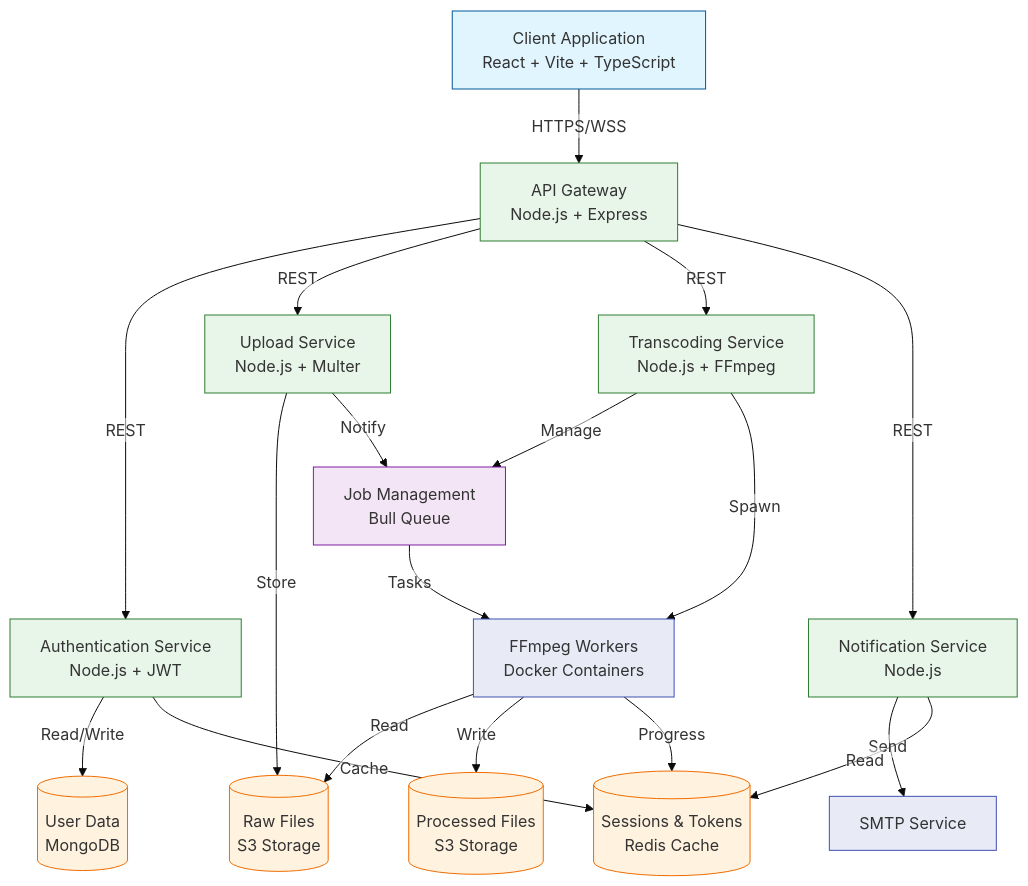
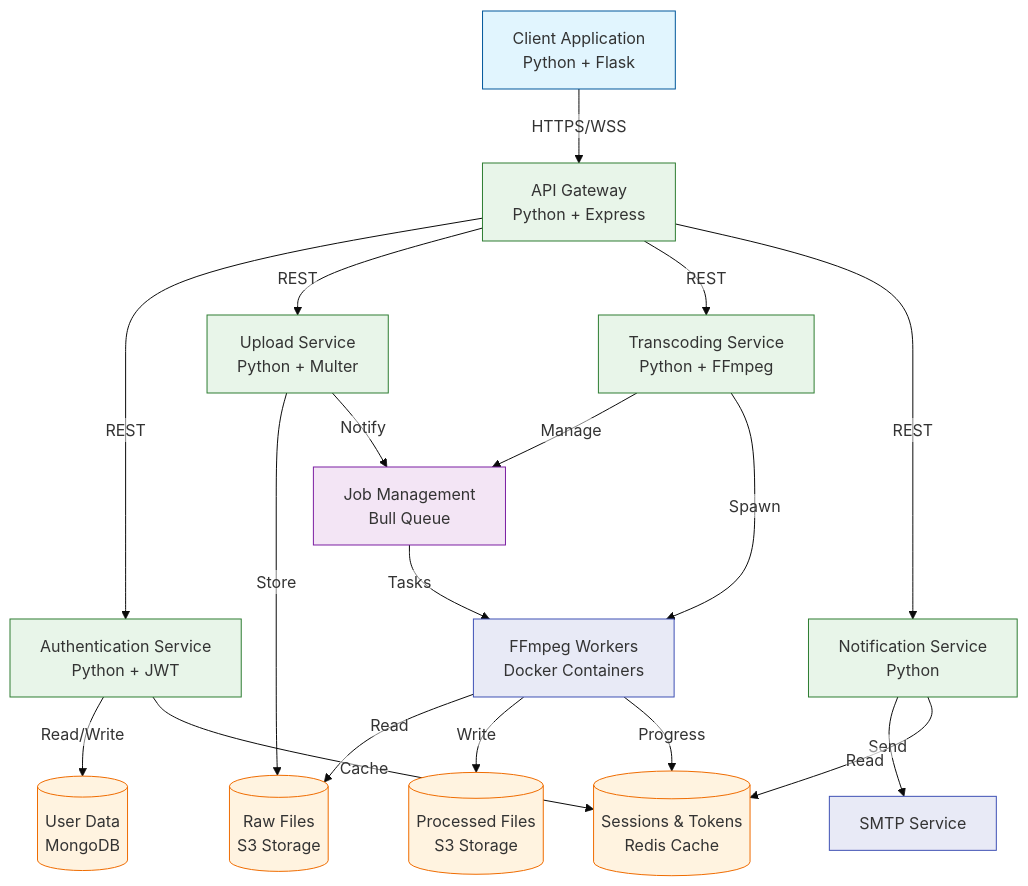
The diagram in docs/architecture/architecture.md (Gautam8387/CS-4622-Computing-in-the-Cloud), drawn with Mermaid before and after one commit. The commit also changed 1 other file, not shown here.

Commit message:
arch doc updates

````diff
--- a/docs/architecture/architecture.md
+++ b/docs/architecture/architecture.md
@@ -5,82 +5,82 @@
 ```mermaid
 %%{init: {'theme': 'base', 'themeVariables': { 'edgeLabelBackground': '#ffffff00', 'labelTextColor': '#000000' }}}%%
 graph TD
     %% Client Layer
     Client[Client Application
-        React + Vite + TypeScript]
+        Python + Flask]
     
     %% API Gateway
     APIGateway[API Gateway
-        Node.js + Express]
+        Python + Express]
     
     %% Authentication
     Auth[Authentication Service
-        Node.js + JWT]
+        Python + JWT]
     MongoDB[(User Data
         MongoDB)]
     Redis[(Sessions & Tokens
         Redis Cache)]
     
     %% Upload Service
     Upload[Upload Service
-        Node.js + Multer]
+        Python + Multer]
     S3Raw[(Raw Files
         S3 Storage)]
     
     %% Transcoding Service
     Transcoding[Transcoding Service
-        Node.js + FFmpeg]
+        Python + FFmpeg]
     Queue[Job Management
         Bull Queue]
     Workers[FFmpeg Workers
         Docker Containers]
     S3Processed[(Processed Files
         S3 Storage)]
     
     %% Notification Service
     Notification[Notification Service
-        Node.js]
+        Python]
     EmailService[SMTP Service]
     
     %% Client Connections
     Client -->|HTTPS/WSS| APIGateway
     
     %% API Gateway Connections
     APIGateway -->|REST| Auth
     APIGateway -->|REST| Upload
     APIGateway -->|REST| Transcoding
     APIGateway -->|REST| Notification
     
     %% Auth Connections
     Auth -->|Read/Write| MongoDB
     Auth -->|Cache| Redis
     
     %% Upload Service Connections
     Upload -->|Store| S3Raw
     Upload -->|Notify| Queue
     
     %% Transcoding Service Connections
     Transcoding -->|Manage| Queue
     Transcoding -->|Spawn| Workers
     Queue -->|Tasks| Workers
     Workers -->|Read| S3Raw
     Workers -->|Write| S3Processed
     Workers -->|Progress| Redis
     
     %% Notification Service Connections
     Notification -->|Send| EmailService
     Notification -->|Read| Redis
     
     %% Styling
     classDef client fill:#e1f5fe,stroke:#01579b
     classDef service fill:#e8f5e9,stroke:#2e7d32
     classDef storage fill:#fff3e0,stroke:#ef6c00
     classDef queue fill:#f3e5f5,stroke:#7b1fa2
     classDef worker fill:#e8eaf6,stroke:#3f51b5
     
     class Client client
     class APIGateway,Auth,Upload,Transcoding,Notification service
     class MongoDB,Redis,S3Raw,S3Processed storage
     class Queue queue
     class Workers,EmailService worker
 ```
````
